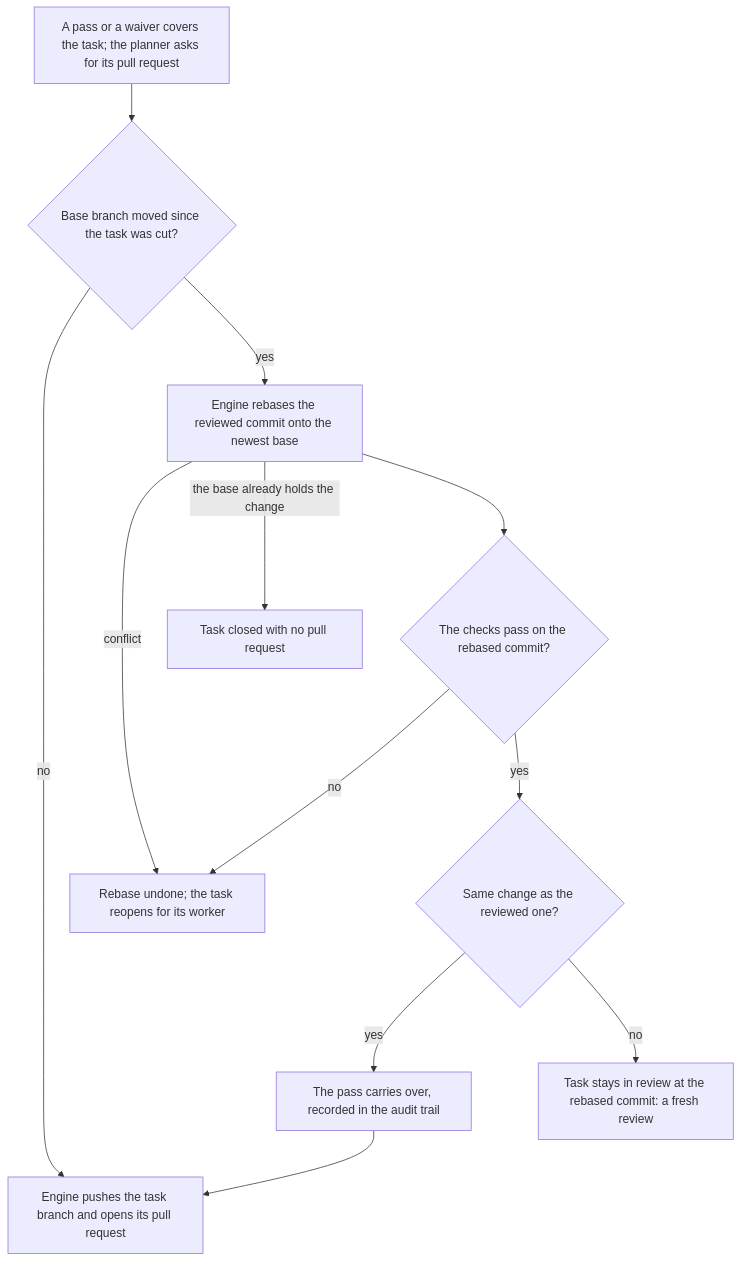
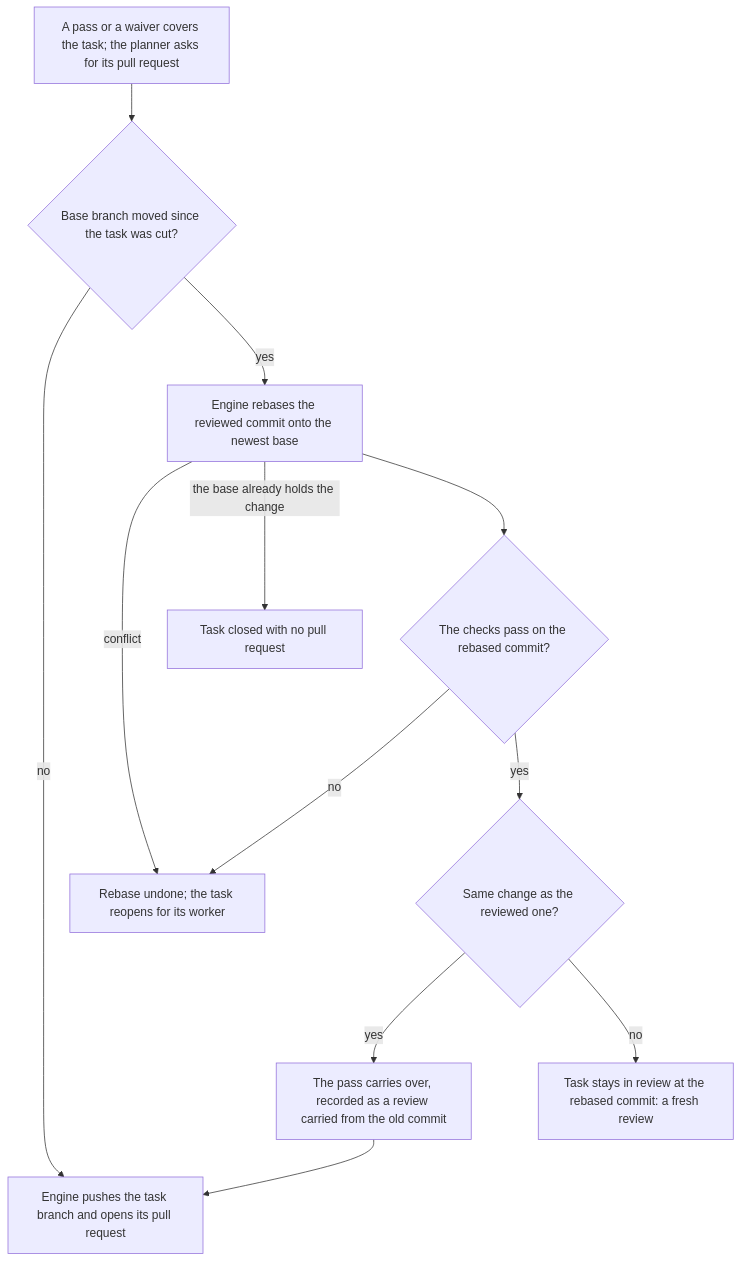
The second of 5 diagrams in docs/flows/3_GIT.md (trustmybot/tmb), drawn with Mermaid before and after one commit. The commit also changed 9 other files, not shown here.

````diff
--- a/docs/flows/3_GIT.md
+++ b/docs/flows/3_GIT.md
@@ -105,14 +105,14 @@
 ```mermaid
 flowchart TD
     A[A pass or a waiver covers the task; the planner asks for its pull request] --> B{Base branch moved since the task was cut?}
     B -- no --> P[Engine pushes the task branch and opens its pull request]
     B -- yes --> R[Engine rebases the reviewed commit onto the newest base]
     R -- conflict --> X[Rebase undone; the task reopens for its worker]
     R -- "the base already holds the change" --> N[Task closed with no pull request]
     R --> C{"The checks pass on the rebased commit?"}
     C -- no --> X
     C -- yes --> S{Same change as the reviewed one?}
-    S -- yes --> K[The pass carries over, recorded in the audit trail]
+    S -- yes --> K[The pass carries over, recorded as a review carried from the old commit]
     K --> P
     S -- no --> V[Task stays in review at the rebased commit: a fresh review]
 ```
````
